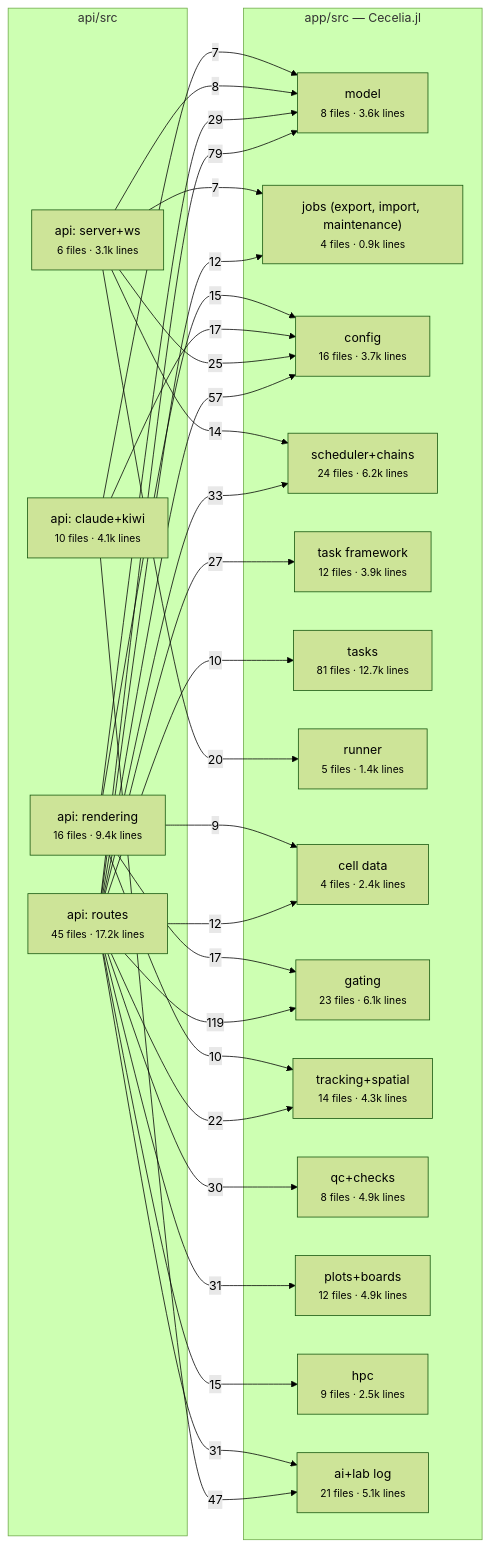
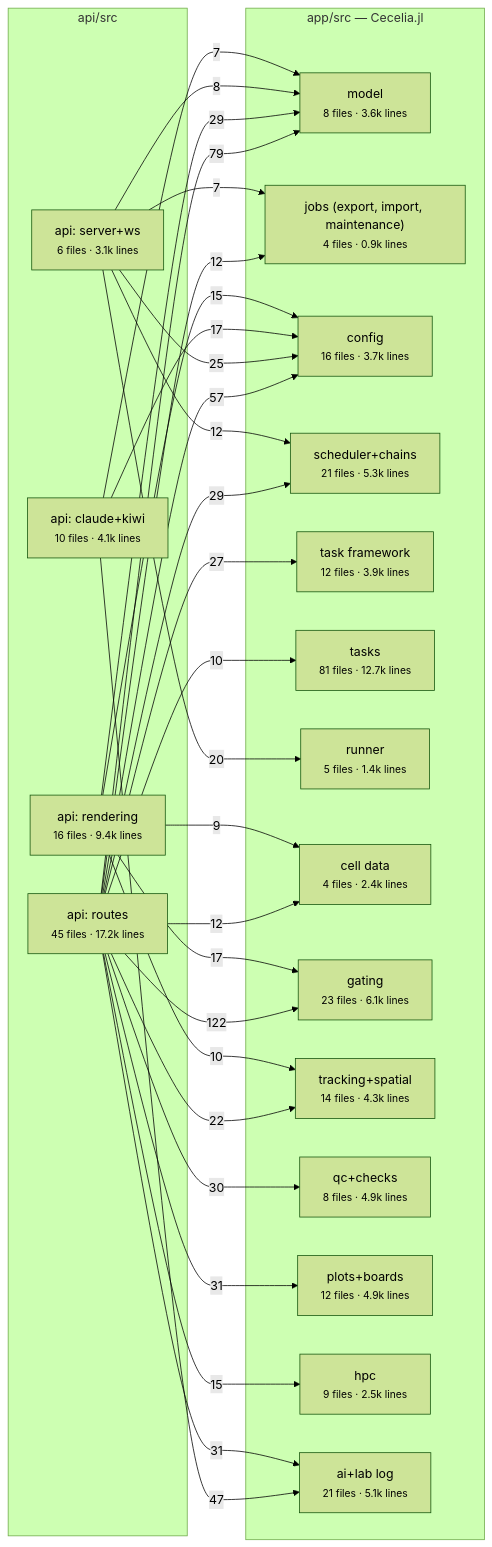
One commit to schienstockd/cecelia changed the second of 2 diagrams in docs/architecture/julia/areas.md. Above: the diagram before and after it, drawn with Mermaid (forest theme). The commit also changed other lines of this file and 23 other files, not shown here.

````diff
--- a/docs/architecture/julia/areas.md
+++ b/docs/architecture/julia/areas.md
@@ -63,51 +65,51 @@
 ```mermaid
 flowchart LR
   subgraph API["api/src"]
     api__server_ws["api: server+ws<br/><small>6 files · 3.1k lines</small>"]
     api__rendering["api: rendering<br/><small>16 files · 9.4k lines</small>"]
     api__claude_kiwi["api: claude+kiwi<br/><small>10 files · 4.1k lines</small>"]
     api__routes["api: routes<br/><small>45 files · 17.2k lines</small>"]
   end
   subgraph PKG["app/src — Cecelia.jl"]
     model["model<br/><small>8 files · 3.6k lines</small>"]
     jobs__export__import__maintenance_["jobs (export, import, maintenance)<br/><small>4 files · 0.9k lines</small>"]
     config["config<br/><small>16 files · 3.7k lines</small>"]
-    scheduler_chains["scheduler+chains<br/><small>24 files · 6.2k lines</small>"]
+    scheduler_chains["scheduler+chains<br/><small>21 files · 5.3k lines</small>"]
     task_framework["task framework<br/><small>12 files · 3.9k lines</small>"]
     tasks["tasks<br/><small>81 files · 12.7k lines</small>"]
     runner["runner<br/><small>5 files · 1.4k lines</small>"]
     cell_data["cell data<br/><small>4 files · 2.4k lines</small>"]
     gating["gating<br/><small>23 files · 6.1k lines</small>"]
     tracking_spatial["tracking+spatial<br/><small>14 files · 4.3k lines</small>"]
     qc_checks["qc+checks<br/><small>8 files · 4.9k lines</small>"]
     plots_boards["plots+boards<br/><small>12 files · 4.9k lines</small>"]
     hpc["hpc<br/><small>9 files · 2.5k lines</small>"]
     ai_lab_log["ai+lab log<br/><small>21 files · 5.1k lines</small>"]
   end
-  api__routes -->|119| gating
+  api__routes -->|122| gating
   api__routes -->|79| model
   api__routes -->|57| config
   api__claude_kiwi -->|47| ai_lab_log
-  api__routes -->|33| scheduler_chains
   api__routes -->|31| ai_lab_log
   api__routes -->|31| plots_boards
   api__routes -->|30| qc_checks
   api__rendering -->|29| model
+  api__routes -->|29| scheduler_chains
   api__routes -->|27| task_framework
   api__server_ws -->|25| config
   api__routes -->|22| tracking_spatial
   api__server_ws -->|20| runner
   api__claude_kiwi -->|17| config
   api__rendering -->|17| gating
   api__rendering -->|15| config
   api__routes -->|15| hpc
-  api__server_ws -->|14| scheduler_chains
   api__routes -->|12| cell_data
   api__routes -->|12| jobs__export__import__maintenance_
+  api__server_ws -->|12| scheduler_chains
   api__rendering -->|10| tracking_spatial
   api__routes -->|10| tasks
   api__rendering -->|9| cell_data
   api__server_ws -->|8| model
   api__claude_kiwi -->|7| model
   api__server_ws -->|7| jobs__export__import__maintenance_
 ```
````
